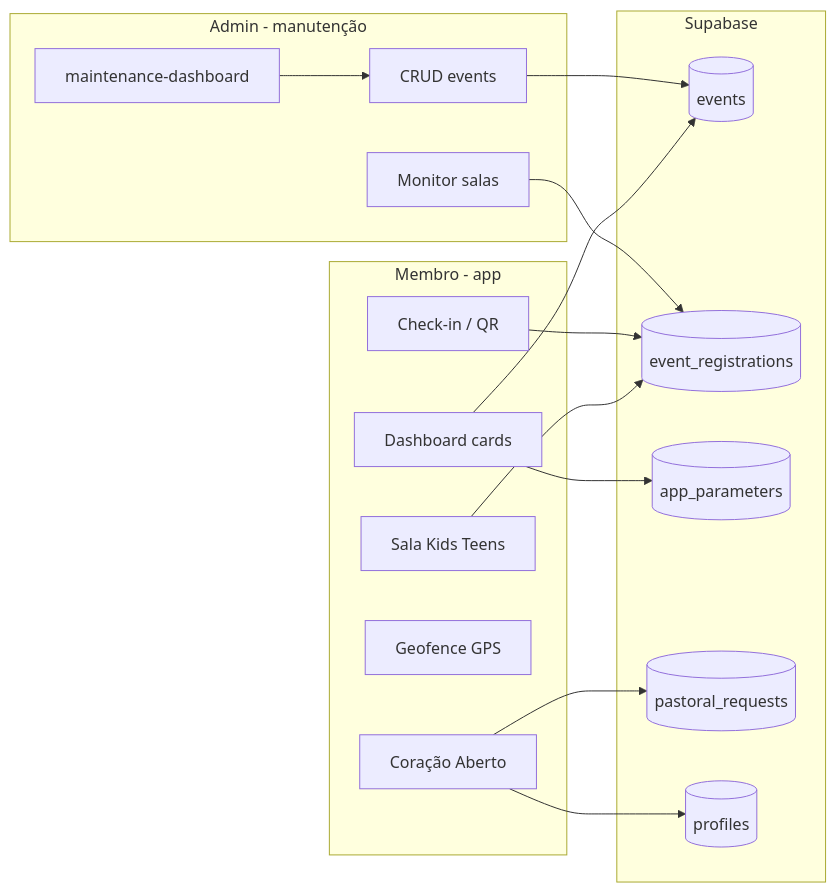
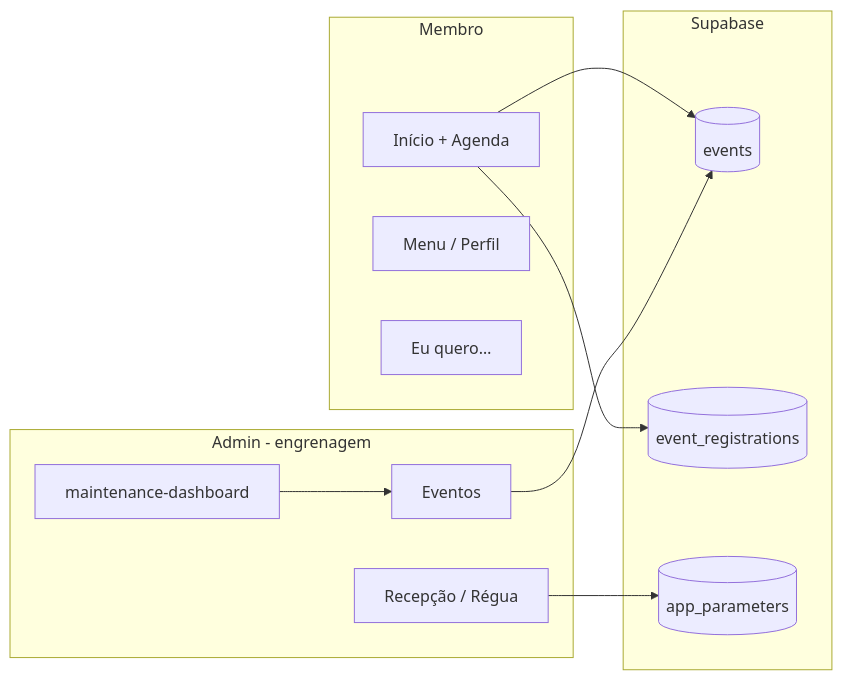
The second of 2 diagrams in MANUTENCAO_ECOSISTEMA.md (maufreitas63/app-igreja), drawn with Mermaid before and after one commit. The commit also changed other lines of this file and 148 other files, not shown here.

````diff
--- a/MANUTENCAO_ECOSISTEMA.md
+++ b/MANUTENCAO_ECOSISTEMA.md
@@ -30,34 +92,23 @@
 ```mermaid
 flowchart LR
-  subgraph membro [Membro - app]
-    D[Dashboard cards]
-    P[Coração Aberto]
-    Q[Check-in / QR]
-    G[Geofence GPS]
-    S[Sala Kids Teens]
+  subgraph membro [Membro]
+    I[Início + Agenda]
+    M[Menu / Perfil]
+    EQ[Eu quero…]
   end
-
-  subgraph admin [Admin - manutenção]
-    M[maintenance-dashboard]
-    E[CRUD events]
-    MON[Monitor salas]
+  subgraph admin [Admin - engrenagem]
+    MD[maintenance-dashboard]
+    EV[Eventos]
+    RF2[Recepção / Régua]
   end
-
   subgraph supabase [Supabase]
-    EV[(events)]
+    EVt[(events)]
     ER[(event_registrations)]
     AP[(app_parameters)]
-    PR[(pastoral_requests)]
-    PF[(profiles)]
   end
-
-  D --> EV
-  D --> AP
-  P --> PR
-  S --> ER
-  Q --> ER
-  M --> E
-  E --> EV
-  MON --> ER
-  P --> PF
+  I --> EVt
+  MD --> EV
+  EV --> EVt
+  I --> ER
+  RF2 --> AP
 ```
````
